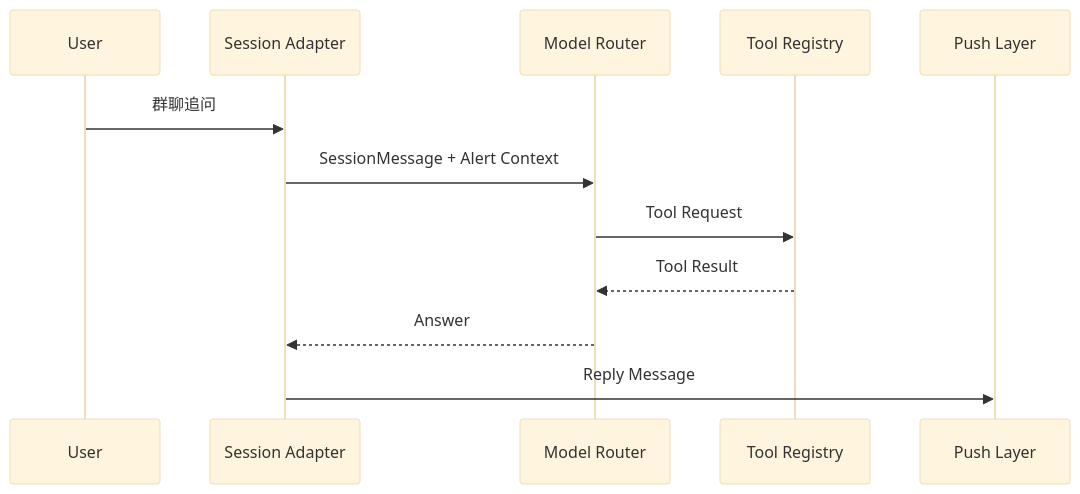
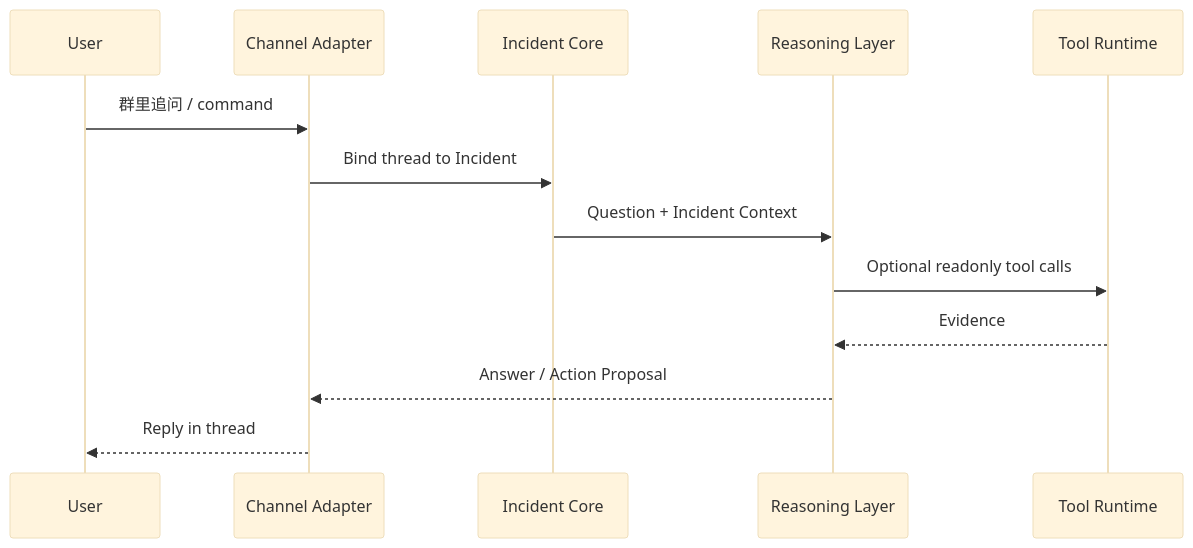
Before and after one commit to 1264585648/hubble: the second of 3 diagrams in docs/architecture.md, drawn with Mermaid (base theme). The commit also changed other lines of this file, not shown here.

Commit message:
docs: refine architecture with open-source references

````diff
--- a/docs/architecture.md
+++ b/docs/architecture.md
@@ -200,15 +291,16 @@
 ```mermaid
 sequenceDiagram
-    participant U as User
-    participant S as Session Adapter
-    participant M as Model Router
-    participant T as Tool Registry
-    participant P as Push Layer
+    participant User as User
+    participant Channel as Channel Adapter
+    participant Core as Incident Core
+    participant Agent as Reasoning Layer
+    participant Tool as Tool Runtime
 
-    U->>S: 群聊追问
-    S->>M: SessionMessage + Alert Context
-    M->>T: Tool Request
-    T-->>M: Tool Result
-    M-->>S: Answer
-    S->>P: Reply Message
+    User->>Channel: 群里追问 / command
+    Channel->>Core: Bind thread to Incident
+    Core->>Agent: Question + Incident Context
+    Agent->>Tool: Optional readonly tool calls
+    Tool-->>Agent: Evidence
+    Agent-->>Channel: Answer / Action Proposal
+    Channel-->>User: Reply in thread
 ```
````
